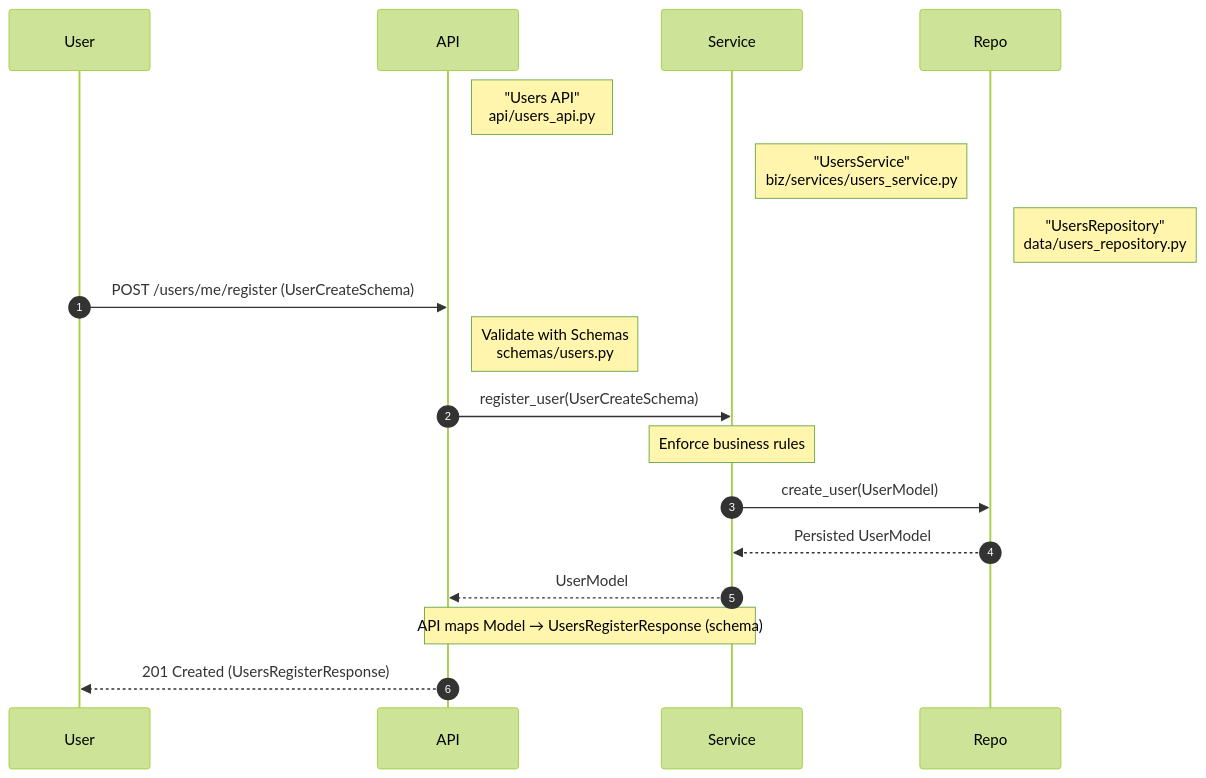
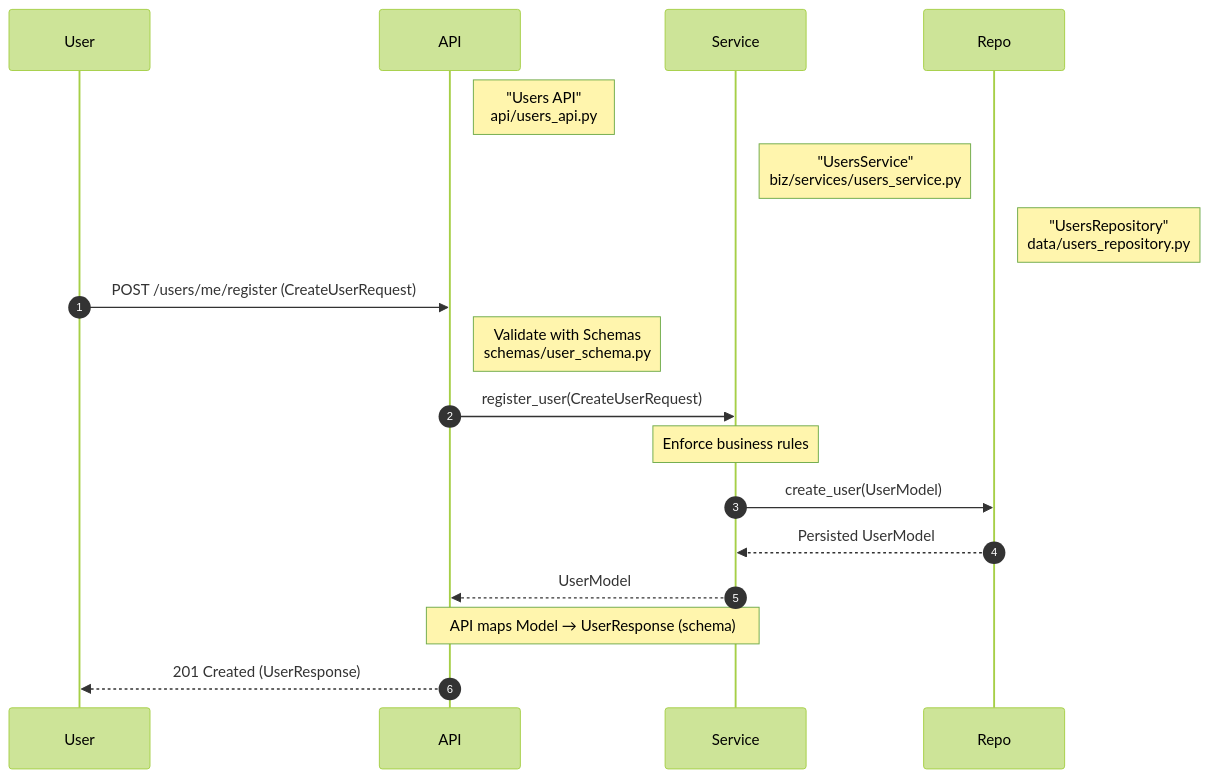
One commit to eSynergy-Solutions/architecture-patterns changed the third of 6 diagrams in Patterns/Apps/Microservices/python/BDP-FastApi-agentic.md. Above: the diagram before and after it, drawn with Mermaid (forest theme). The commit also changed other lines of this file, not shown here.

Commit message:
Standardize schema naming convention to <Model>Request/<Model>Response
- Updated Component Details table to specify Request/Response suffix pattern
- Updated Service Pattern example to use CreateUserRequest and UserResponse
- Updated Query Pattern example to use UserProfileResponse
- Fixed BaseEntity field name from updated_date to last_updated_date
- Ensures consistency across all FastAPI microservice implementations

````diff
--- a/Patterns/Apps/Microservices/python/BDP-FastApi-agentic.md
+++ b/Patterns/Apps/Microservices/python/BDP-FastApi-agentic.md
@@ -149,22 +149,22 @@
 ```mermaid
 sequenceDiagram
     autonumber
     participant User
     participant API
     participant Service
     participant Repo
 
     Note right of API: "Users API"<br/>api/users_api.py
     Note right of Service: "UsersService"<br/>biz/services/users_service.py
     Note right of Repo: "UsersRepository"<br/>data/users_repository.py
 
-    User->>API: POST /users/me/register (UserCreateSchema)
-    Note right of API: Validate with Schemas<br/>schemas/users.py
-    API->>Service: register_user(UserCreateSchema)
+    User->>API: POST /users/me/register (CreateUserRequest)
+    Note right of API: Validate with Schemas<br/>schemas/user_schema.py
+    API->>Service: register_user(CreateUserRequest)
     Note over Service: Enforce business rules
     Service->>Repo: create_user(UserModel)
     Repo-->>Service: Persisted UserModel
     Service-->>API: UserModel
-    Note over API,Service: API maps Model → UsersRegisterResponse (schema)
-    API-->>User: 201 Created (UsersRegisterResponse)
+    Note over API,Service: API maps Model → UserResponse (schema)
+    API-->>User: 201 Created (UserResponse)
 ```
````
